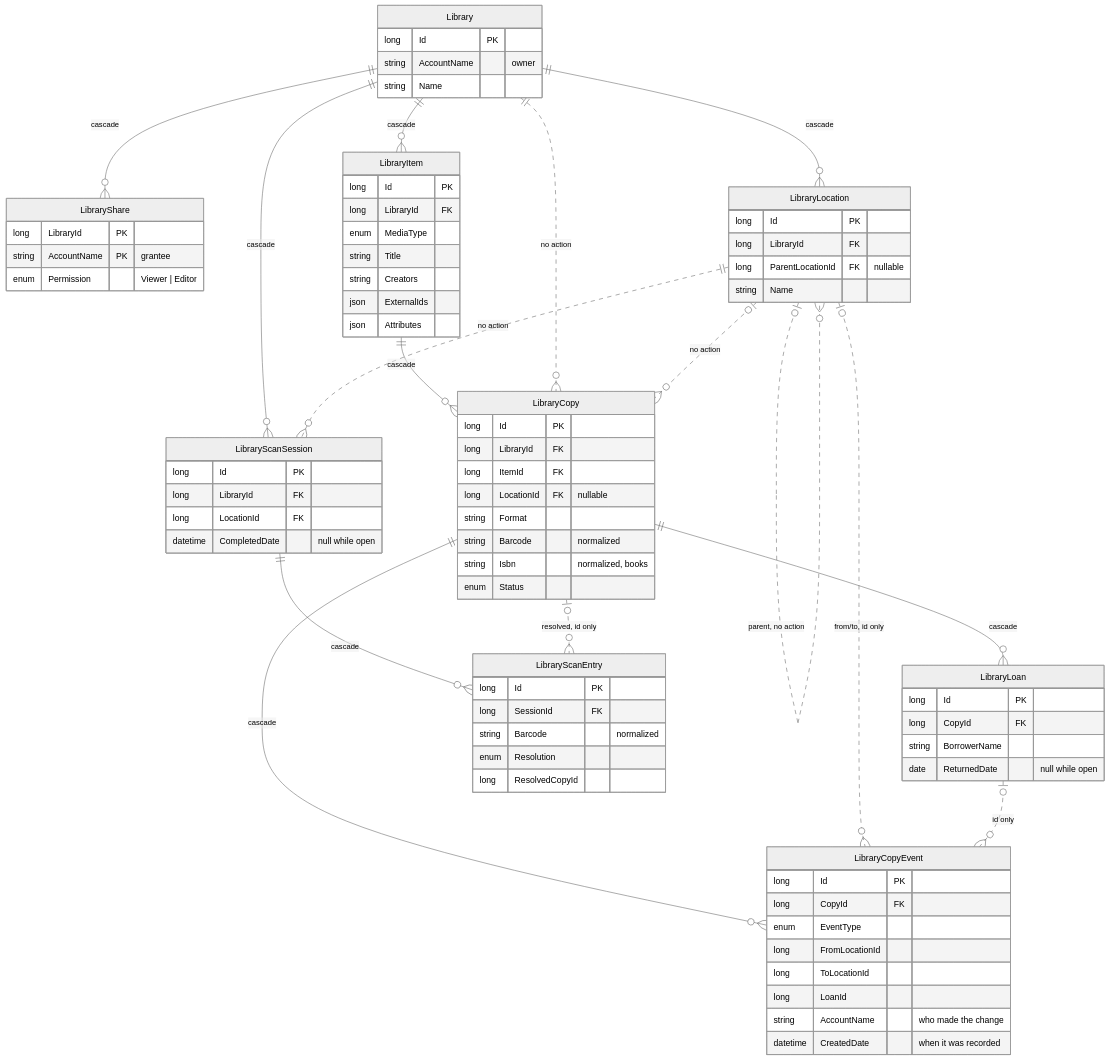
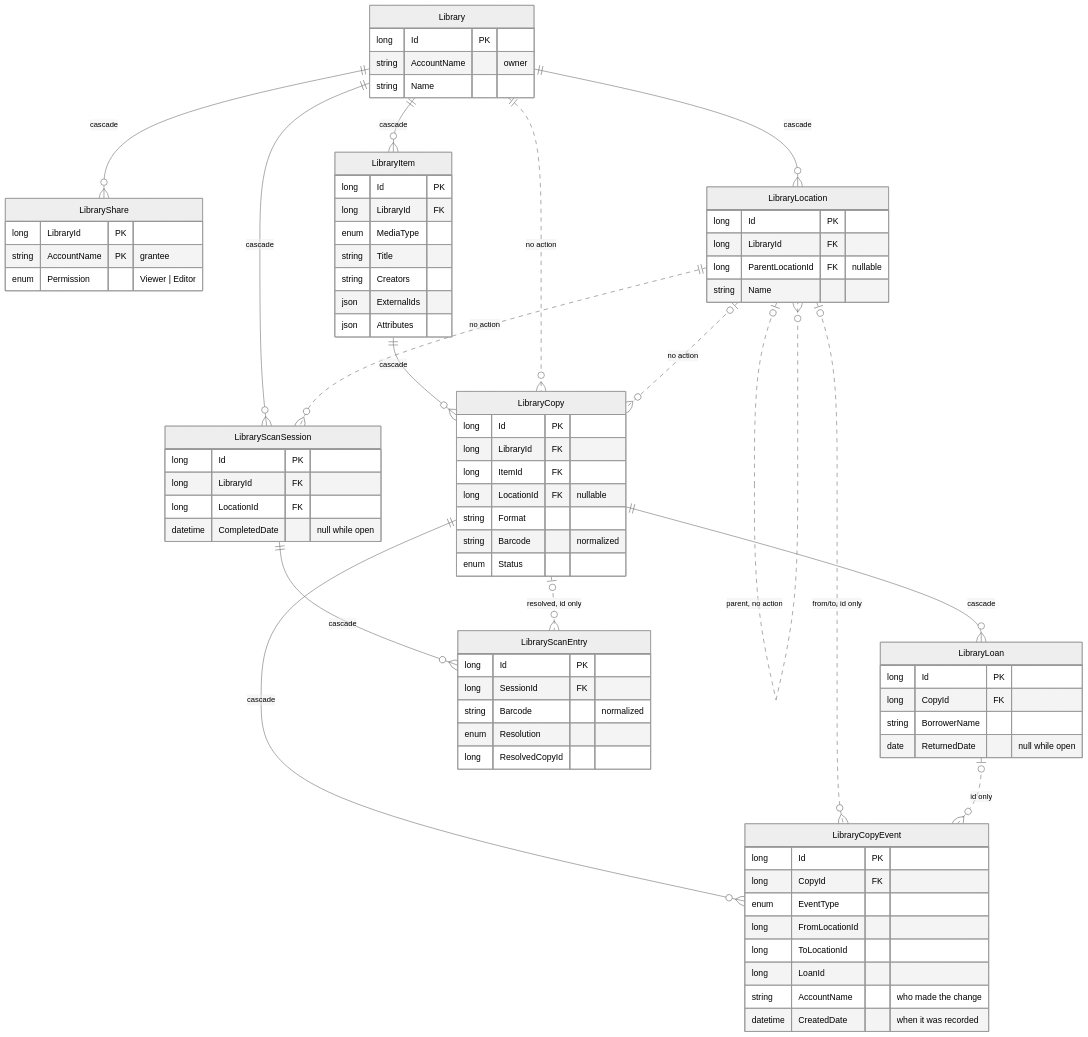
The first of 2 diagrams in docs/library.md (tompostler/number-sequence), drawn with Mermaid (neutral theme) before and after one commit. The commit also changed other lines of this file and 24 other files, not shown here.

```diff
--- a/docs/library.md
+++ b/docs/library.md
@@ -180,7 +190,6 @@
         long LocationId FK "nullable"
         string Format
         string Barcode "normalized"
-        string Isbn "normalized, books"
         enum Status
     }
     LibraryLoan {
```
